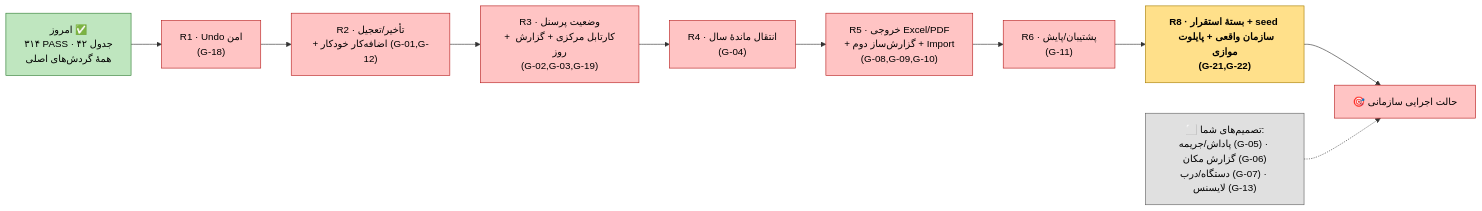
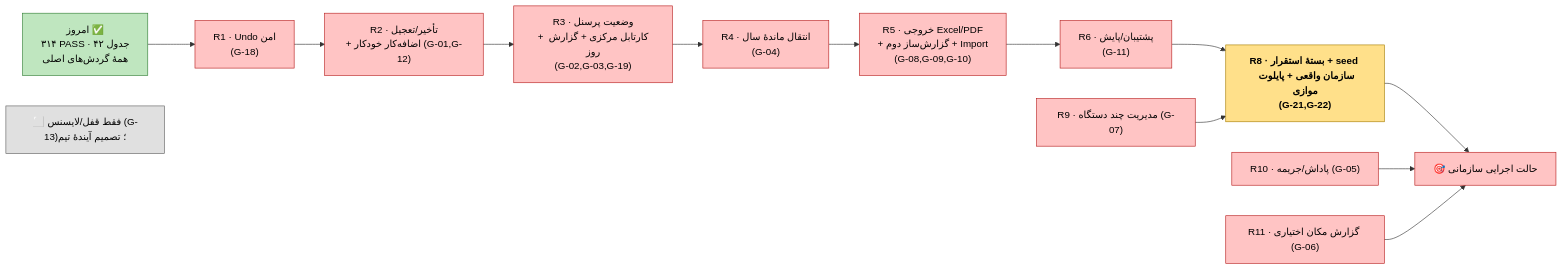
Before and after one commit to alirezarahimy-code/IO: the fourth of 4 diagrams in ReCode/docs/full-audit/80-go-live-destination.md, drawn with Mermaid. The commit also changed other lines of this file and 6 other files, not shown here.

Commit message:
Update go-live chart with approved devices, rewards and optional location scope

````diff
--- a/ReCode/docs/full-audit/80-go-live-destination.md
+++ b/ReCode/docs/full-audit/80-go-live-destination.md
@@ -113,18 +118,22 @@
 ```mermaid
 flowchart LR
     classDef done fill:#bfe6bf,stroke:#2e7d32,color:#000
     classDef todo fill:#ffc4c4,stroke:#b71c1c,color:#000
     classDef dec fill:#e0e0e0,stroke:#616161,color:#000
     classDef gate fill:#ffe08a,stroke:#a67c00,color:#000,font-weight:bold
 
     T0["امروز ✅\n۳۱۴ PASS · ۴۲ جدول\nهمهٔ گردش‌های اصلی"]:::done
     T0 --> R1["R1 · Undo امن\n(G-18)"]:::todo
     R1 --> R2["R2 · تأخیر/تعجیل\n+ اضافه‌کار خودکار (G-01,G-12)"]:::todo
     R2 --> R3["R3 · وضعیت پرسنل\n+ کارتابل مرکزی + گزارش روز\n(G-02,G-03,G-19)"]:::todo
     R3 --> R4["R4 · انتقال ماندهٔ سال\n(G-04)"]:::todo
     R4 --> R5["R5 · خروجی Excel/PDF\n+ گزارش‌ساز دوم + Import\n(G-08,G-09,G-10)"]:::todo
     R5 --> R6["R6 · پشتیبان/پایش\n(G-11)"]:::todo
     R6 --> R8["R8 · بستهٔ استقرار + seed سازمان واقعی + پایلوت موازی\n(G-21,G-22)"]:::gate
     R8 --> GO["🎯 حالت اجرایی سازمانی"]:::todo
-    D1["⬜ تصمیم‌های شما:\nپاداش/جریمه (G-05) · گزارش مکان (G-06)\nدستگاه/درب (G-07) · لایسنس (G-13)"]:::dec -.-> GO
+    R9["R9 · مدیریت چند دستگاه (G-07)"]:::todo --> R8
+    R10["R10 · پاداش/جریمه (G-05)"]:::todo --> GO
+    R11["R11 · گزارش مکان اختیاری (G-06)"]:::todo --> GO
+    D1["⬜ فقط قفل/لایسنس (G-13)؛ تصمیم آیندهٔ تیم"]:::dec
+
 ```
````
